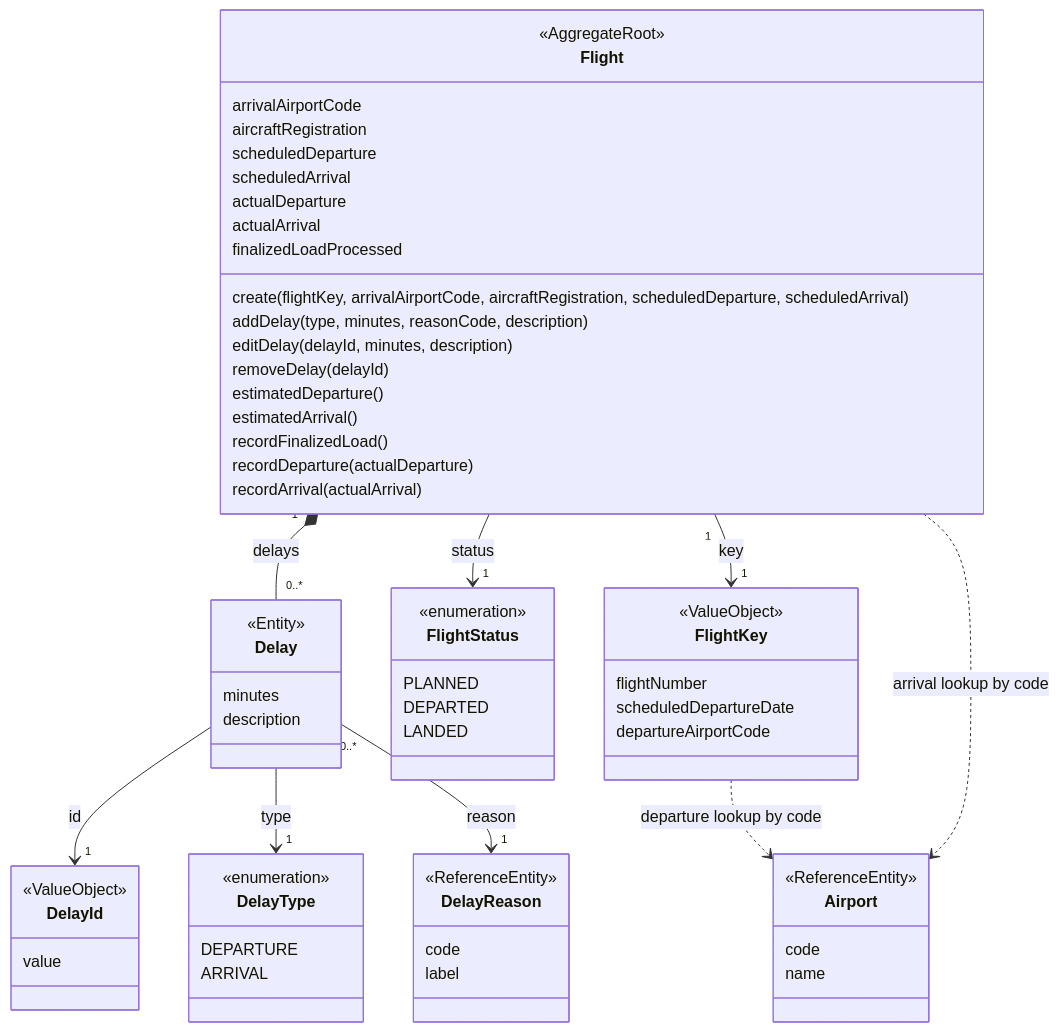
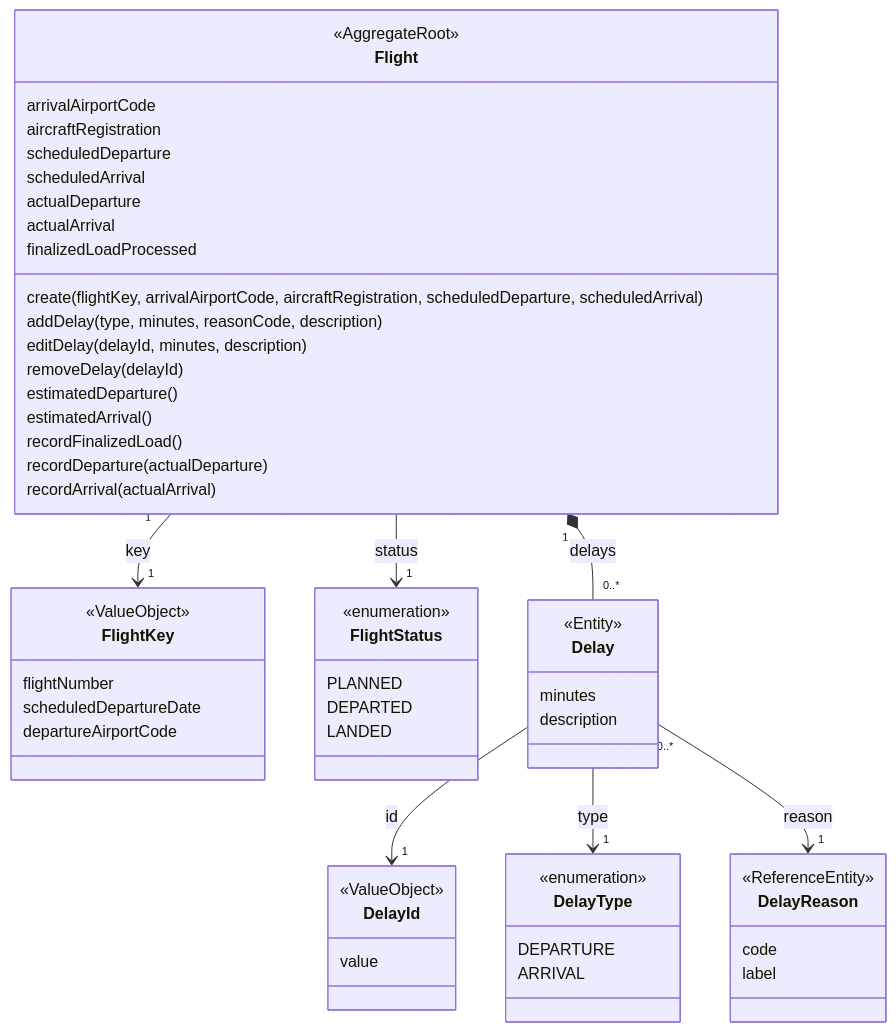
Before and after one commit to ebhd/air-freight-operations: the sixth of 9 diagrams in architecture/analyse.md, drawn with Mermaid. The commit also changed other lines of this file and 1 other file, not shown here.

````diff
--- a/architecture/analyse.md
+++ b/architecture/analyse.md
@@ -274,76 +268,68 @@
 ```mermaid
 classDiagram
     direction TB
 
     class Flight {
         <<AggregateRoot>>
         arrivalAirportCode
         aircraftRegistration
         scheduledDeparture
         scheduledArrival
         actualDeparture
         actualArrival
         finalizedLoadProcessed
         create(flightKey, arrivalAirportCode, aircraftRegistration, scheduledDeparture, scheduledArrival)
         addDelay(type, minutes, reasonCode, description)
         editDelay(delayId, minutes, description)
         removeDelay(delayId)
         estimatedDeparture()
         estimatedArrival()
         recordFinalizedLoad()
         recordDeparture(actualDeparture)
         recordArrival(actualArrival)
     }
 
     class FlightKey {
         <<ValueObject>>
         flightNumber
         scheduledDepartureDate
         departureAirportCode
     }
 
     class FlightStatus {
         <<enumeration>>
         PLANNED
         DEPARTED
         LANDED
     }
 
     class Delay {
         <<Entity>>
         minutes
         description
     }
 
     class DelayId {
         <<ValueObject>>
         value
     }
 
     class DelayType {
         <<enumeration>>
         DEPARTURE
         ARRIVAL
     }
 
     class DelayReason {
         <<ReferenceEntity>>
         code
         label
     }
 
-    class Airport {
-        <<ReferenceEntity>>
-        code
-        name
-    }
-
     Flight "1" *-- "0..*" Delay : delays
     Flight "1" --> "1" FlightKey : key
     Flight --> "1" FlightStatus : status
     Delay --> "1" DelayId : id
     Delay --> "1" DelayType : type
     Delay "0..*" --> "1" DelayReason : reason
-    FlightKey ..> Airport : departure lookup by code
-    Flight ..> Airport : arrival lookup by code
 ```
````
